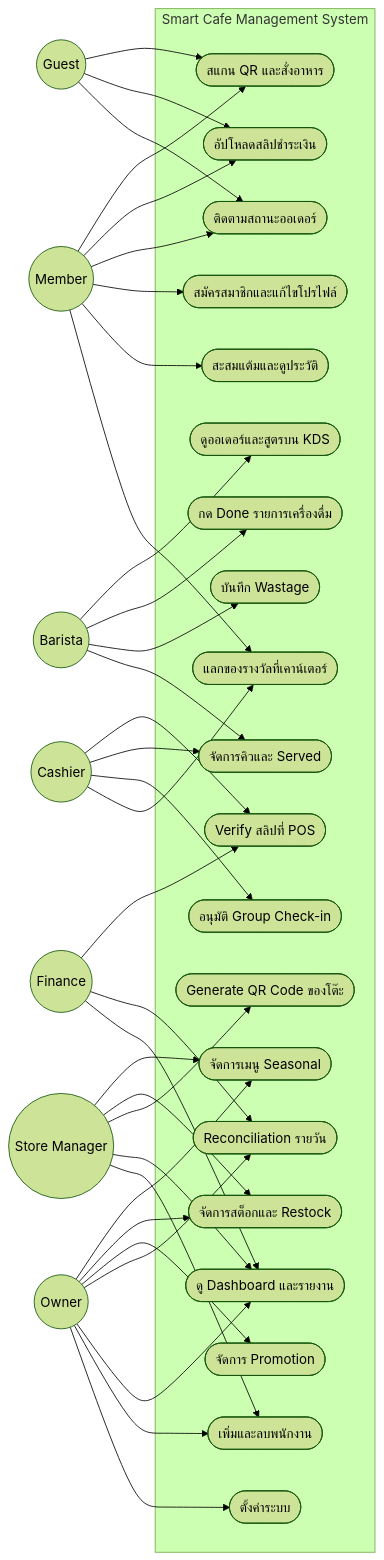
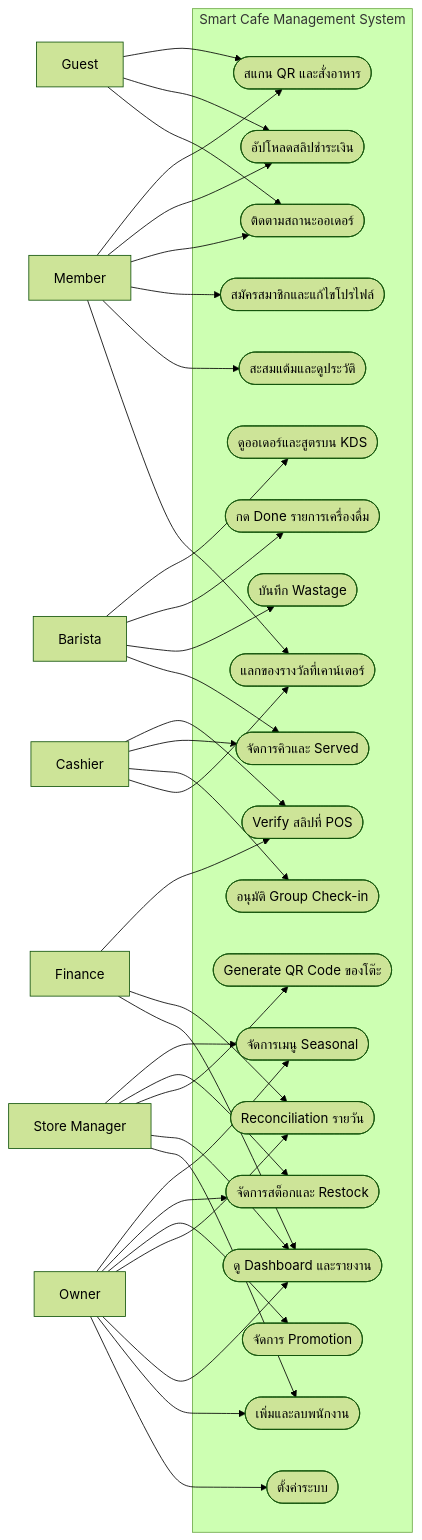
One commit to InkSpuDek66/smart-cafe-management changed the eighth of 8 diagrams in README.md. Above: the diagram before and after it, drawn with Mermaid (forest theme). The commit also changed other lines of this file, not shown here.

First line of the commit message:
Fix Mermaid diagram syntax and correct demo login credentials

````diff
--- a/README.md
+++ b/README.md
@@ -1417,72 +1421,72 @@
 ```mermaid
 flowchart LR
-    G(("Guest"))
-    M(("Member"))
-    B(("Barista"))
-    C(("Cashier"))
-    SM(("Store Manager"))
-    F(("Finance"))
-    O(("Owner"))
+    G["Guest"]
+    M["Member"]
+    B["Barista"]
+    C["Cashier"]
+    SM["Store Manager"]
+    F["Finance"]
+    O["Owner"]
 
     subgraph SYS["Smart Cafe Management System"]
         UC1(["สแกน QR และสั่งอาหาร"])
         UC2(["อัปโหลดสลิปชำระเงิน"])
         UC3(["ติดตามสถานะออเดอร์"])
         UC4(["สมัครสมาชิกและแก้ไขโปรไฟล์"])
         UC5(["สะสมแต้มและดูประวัติ"])
         UC6(["แลกของรางวัลที่เคาน์เตอร์"])
         UC7(["ดูออเดอร์และสูตรบน KDS"])
         UC8(["กด Done รายการเครื่องดื่ม"])
         UC9(["บันทึก Wastage"])
         UC10(["Verify สลิปที่ POS"])
         UC11(["จัดการคิวและ Served"])
         UC12(["อนุมัติ Group Check-in"])
         UC13(["จัดการเมนู Seasonal"])
         UC14(["จัดการสต็อกและ Restock"])
         UC15(["จัดการ Promotion"])
         UC16(["Generate QR Code ของโต๊ะ"])
         UC17(["Reconciliation รายวัน"])
         UC18(["ดู Dashboard และรายงาน"])
         UC19(["เพิ่มและลบพนักงาน"])
         UC20(["ตั้งค่าระบบ"])
     end
 
     G --> UC1
     G --> UC2
     G --> UC3
 
     M --> UC1
     M --> UC2
     M --> UC3
     M --> UC4
     M --> UC5
     M --> UC6
 
     B --> UC7
     B --> UC8
     B --> UC9
     B --> UC11
 
     C --> UC10
     C --> UC11
     C --> UC12
     C --> UC6
 
     SM --> UC13
     SM --> UC14
     SM --> UC16
     SM --> UC18
     SM --> UC19
 
     F --> UC10
     F --> UC17
     F --> UC18
 
     O --> UC13
     O --> UC14
     O --> UC15
     O --> UC17
     O --> UC18
     O --> UC19
     O --> UC20
 ```
````
